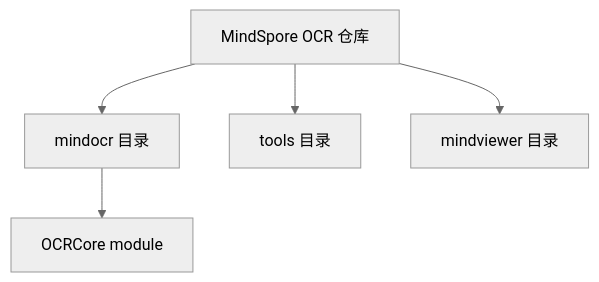
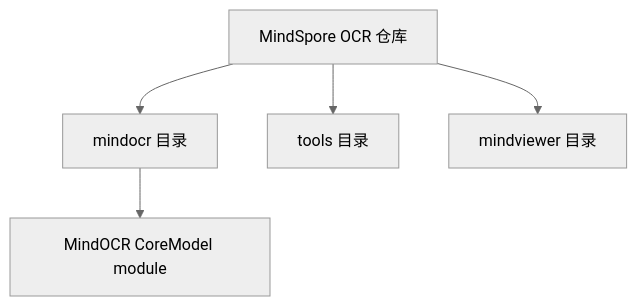
Before and after one commit to zhangjunlongtech/mindocr: the first of 5 diagrams in mindocr/core/CoreModel模块设计说明书.md, drawn with Mermaid (neutral theme). The commit also changed other lines of this file, not shown here.

````diff
--- a/mindocr/core/CoreModel模块设计说明书.md
+++ b/mindocr/core/CoreModel模块设计说明书.md
@@ -119,8 +107,8 @@
 ```mermaid
 graph TD
     A[MindSpore OCR 仓库]
-    B --> E[OCRCore module]
+    B --> E[MindOCR CoreModel module]
     A --> C[tools 目录]
     A --> G[mindviewer 目录]
     A --> B[mindocr 目录]
 ```
````
